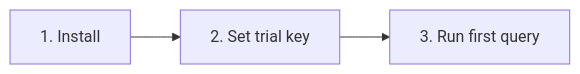
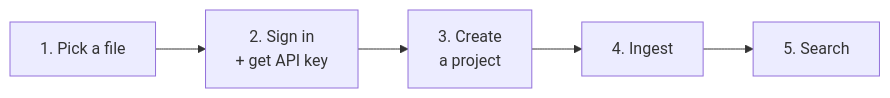
The first of 2 diagrams in README.md (Kurious-AI/getting-started), drawn with Mermaid before and after one commit. The commit also changed other lines of this file, not shown here.

````diff
--- a/README.md
+++ b/README.md
@@ -79,4 +93,4 @@
 ```mermaid
 flowchart LR
-    A[1. Install] --> B[2. Set trial key] --> C[3. Run first query]
+    A[1. Pick a file] --> B[2. Sign in<br/>+ get API key] --> C[3. Create<br/>a project] --> D[4. Ingest] --> E[5. Search]
 ```
````
